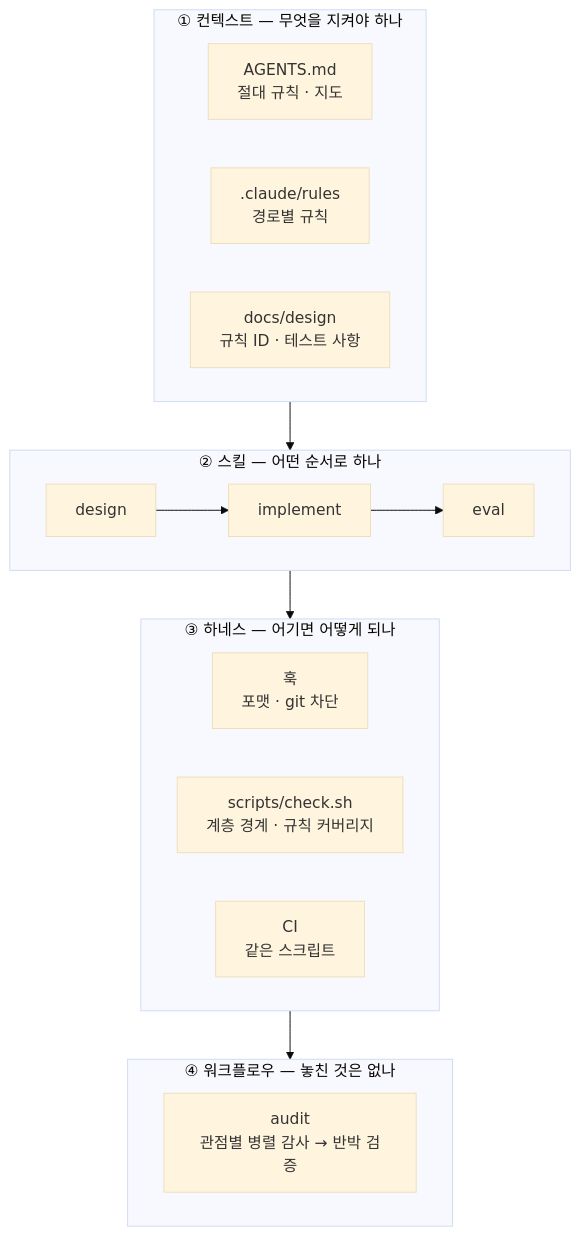
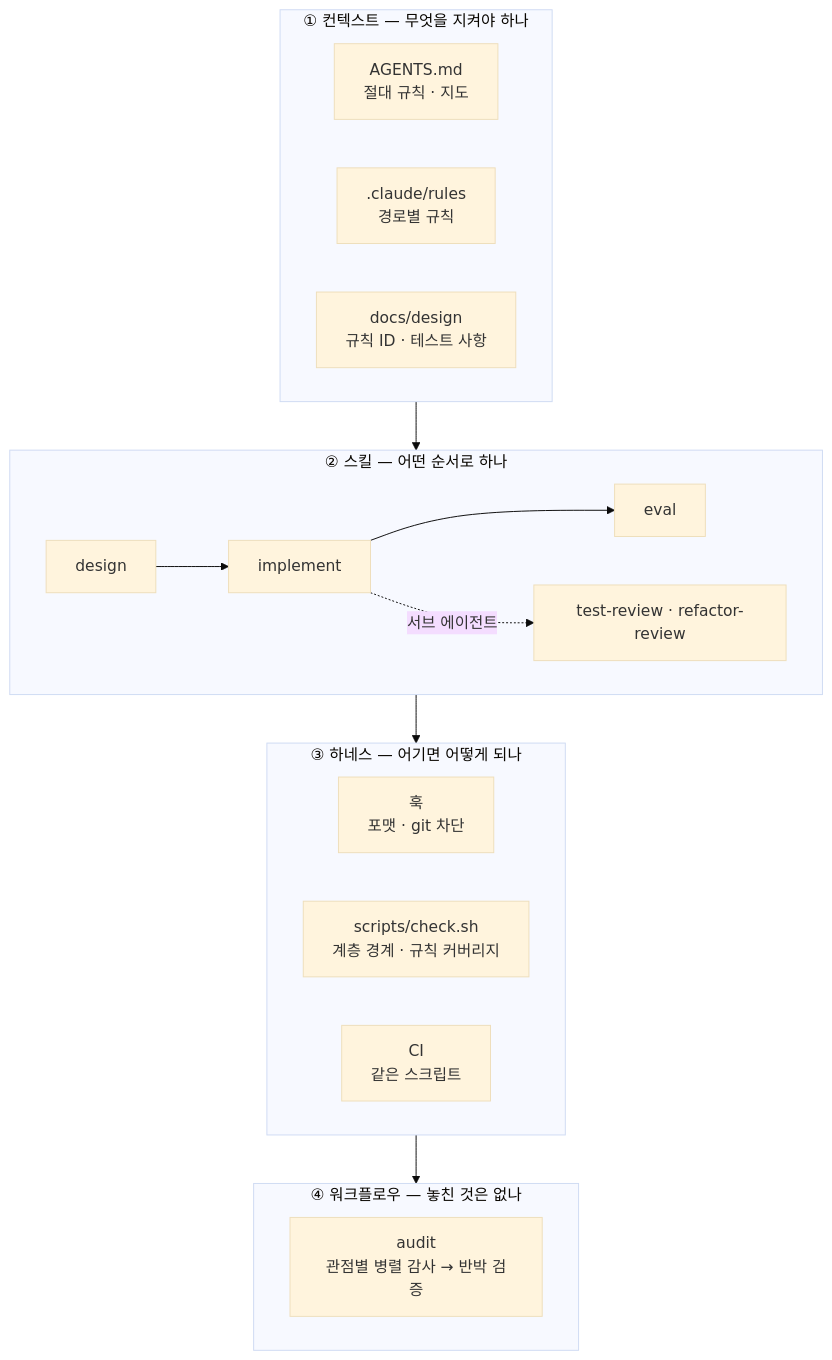
The diagram in docs/agentic-workflow.md (Baboomba/sales-agent), drawn with Mermaid (base theme) before and after one commit. The commit also changed other lines of this file and 6 other files, not shown here.

````diff
--- a/docs/agentic-workflow.md
+++ b/docs/agentic-workflow.md
@@ -7,20 +7,21 @@
 ```mermaid
 flowchart TB
   subgraph 컨텍스트["① 컨텍스트 — 무엇을 지켜야 하나"]
     C1[AGENTS.md<br/>절대 규칙 · 지도]
     C2[.claude/rules<br/>경로별 규칙]
     C3[docs/design<br/>규칙 ID · 테스트 사항]
   end
   subgraph 절차["② 스킬 — 어떤 순서로 하나"]
     S1[design] --> S2[implement] --> S3[eval]
+    S2 -. 서브 에이전트 .-> R1[test-review · refactor-review]
   end
   subgraph 장치["③ 하네스 — 어기면 어떻게 되나"]
     H1[훅<br/>포맷 · git 차단]
     H2[scripts/check.sh<br/>계층 경계 · 규칙 커버리지]
     H3[CI<br/>같은 스크립트]
   end
   subgraph 검증["④ 워크플로우 — 놓친 것은 없나"]
     W1[audit<br/>관점별 병렬 감사 → 반박 검증]
   end
   컨텍스트 --> 절차 --> 장치 --> 검증
 ```
````
